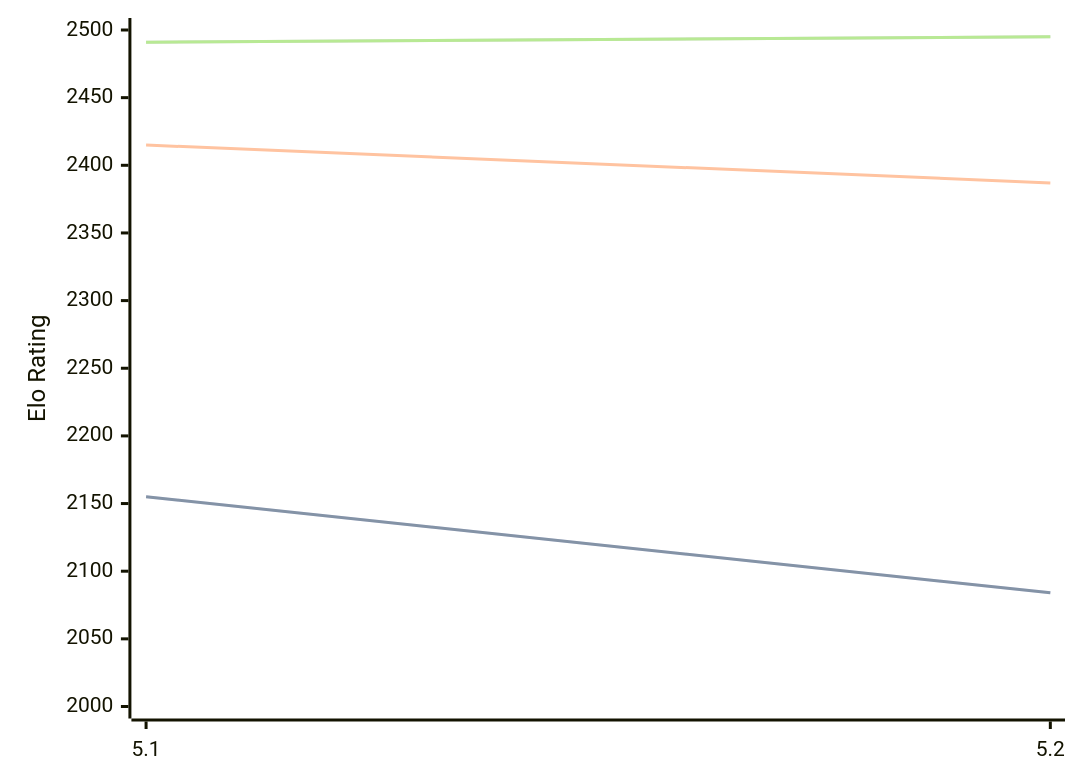
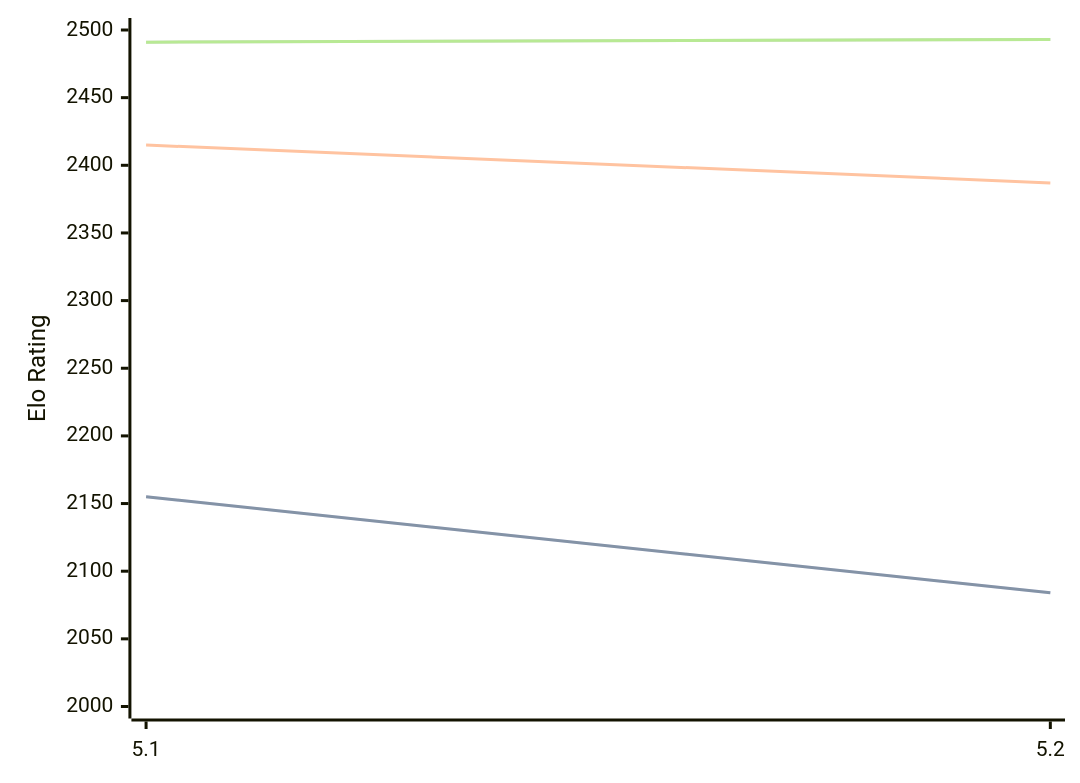
The first of 3 diagrams in engines/Prophet.md (computer-chess-index/cci), drawn with Mermaid before and after one commit. The commit also changed other lines of this file, not shown here.

Commit message:
Update CCI Ratings (ELO VLTC) - 2026-07-07

````diff
--- a/engines/Prophet.md
+++ b/engines/Prophet.md
@@ -38,11 +38,11 @@
 ```mermaid
 %%{init: {"theme":"base","themeVariables":{"seriesColors:['#a3a3a3','#222221','#faa371']}}}%%
 xychart-beta
   x-axis ["5.1", "5.2"]
   y-axis "Elo Rating" 2000 --> 2500
   line "STC (8.0+0.08s)" [2155, 2084]
   line "STC (8.0+0.08s)" [2155, 2084]
   line "LTC (60.0+0.60s)" [2415, 2387]
-  line "VLTC (2m24s+1.12s)" [2491, 2495]
-  line "VLTC (2m24s+1.12s)" [2491, 2495]
+  line "VLTC (2m24s+1.12s)" [2491, 2493]
+  line "VLTC (2m24s+1.12s)" [2491, 2493]
 ```
````
